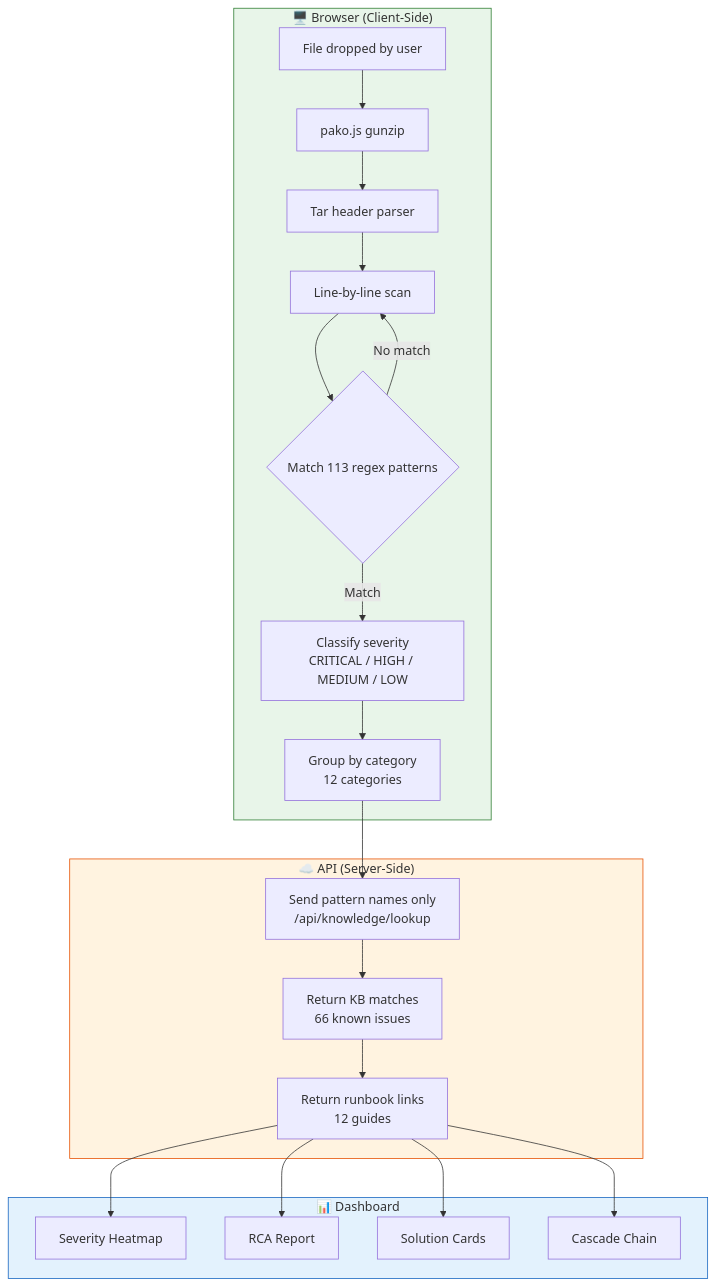
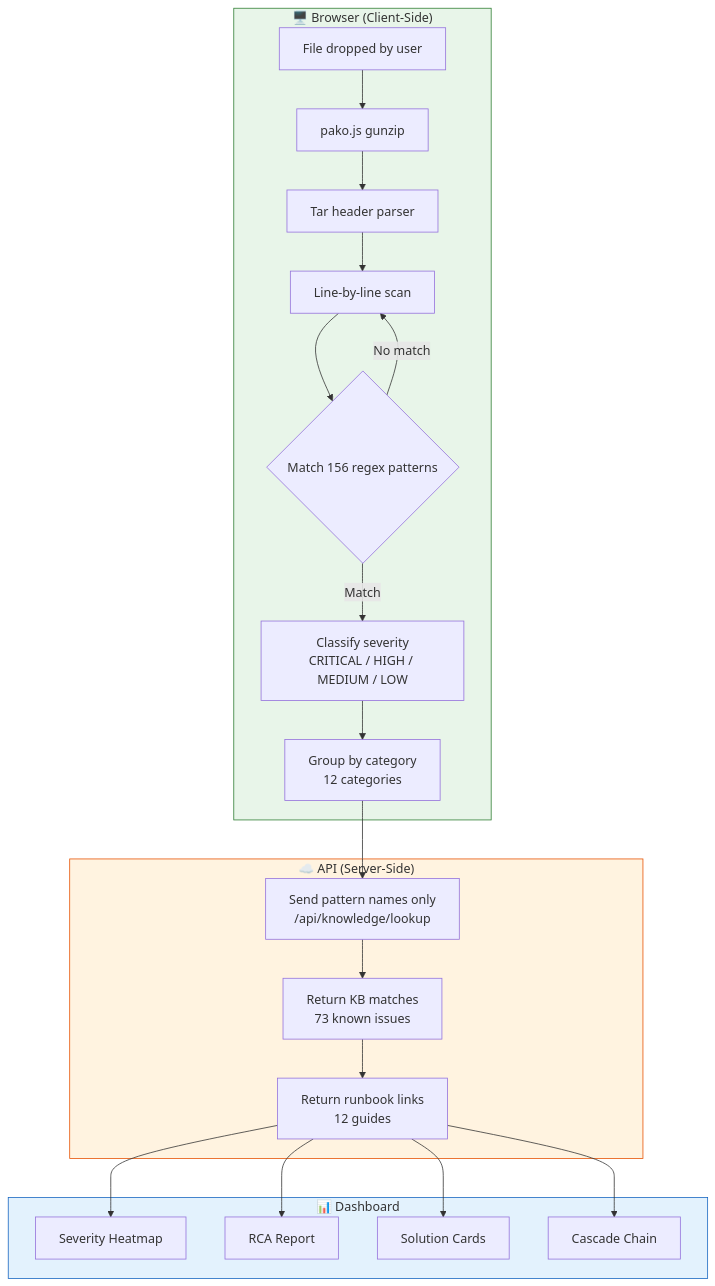
Before and after one commit to yadakrishna245/Log_analysis: the second of 8 diagrams in README.md, drawn with Mermaid. The commit also changed other lines of this file and 4 other files, not shown here.

````diff
--- a/README.md
+++ b/README.md
@@ -95,29 +100,29 @@
 ```mermaid
 flowchart TD
     subgraph BROWSER["🖥️ Browser (Client-Side)"]
         A1[File dropped by user] --> A2[pako.js gunzip]
         A2 --> A3[Tar header parser]
         A3 --> A4[Line-by-line scan]
-        A4 --> A5{Match 113 regex patterns}
+        A4 --> A5{Match 156 regex patterns}
         A5 -->|Match| A6[Classify severity<br/>CRITICAL / HIGH / MEDIUM / LOW]
         A5 -->|No match| A4
         A6 --> A7[Group by category<br/>12 categories]
     end
 
     subgraph API["☁️ API (Server-Side)"]
         A7 --> B1[Send pattern names only<br/>/api/knowledge/lookup]
-        B1 --> B2[Return KB matches<br/>66 known issues]
+        B1 --> B2[Return KB matches<br/>73 known issues]
         B2 --> B3[Return runbook links<br/>12 guides]
     end
 
     subgraph DISPLAY["📊 Dashboard"]
         B3 --> C1[Severity Heatmap]
         B3 --> C2[RCA Report]
         B3 --> C3[Solution Cards]
         B3 --> C4[Cascade Chain]
     end
 
     style BROWSER fill:#e8f5e9,stroke:#2e7d32
     style API fill:#fff3e0,stroke:#e65100
     style DISPLAY fill:#e3f2fd,stroke:#1565c0
 ```
````
